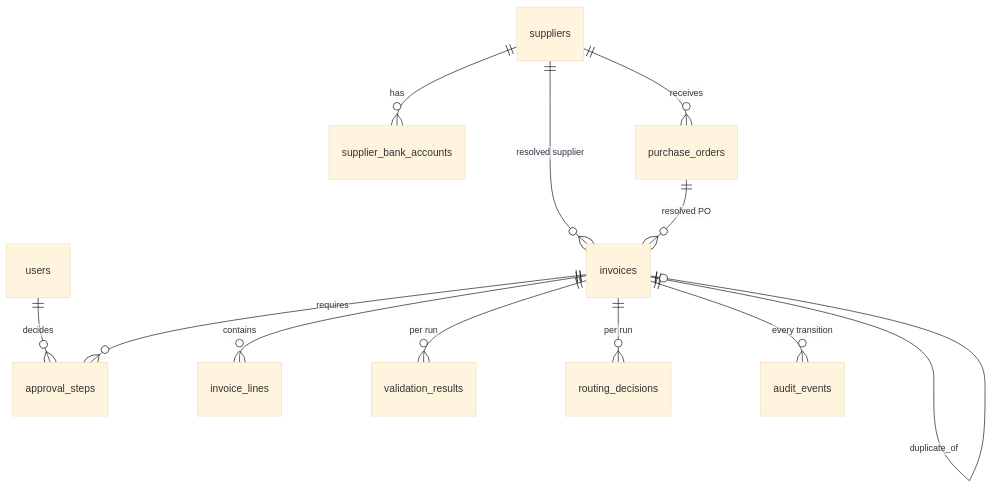
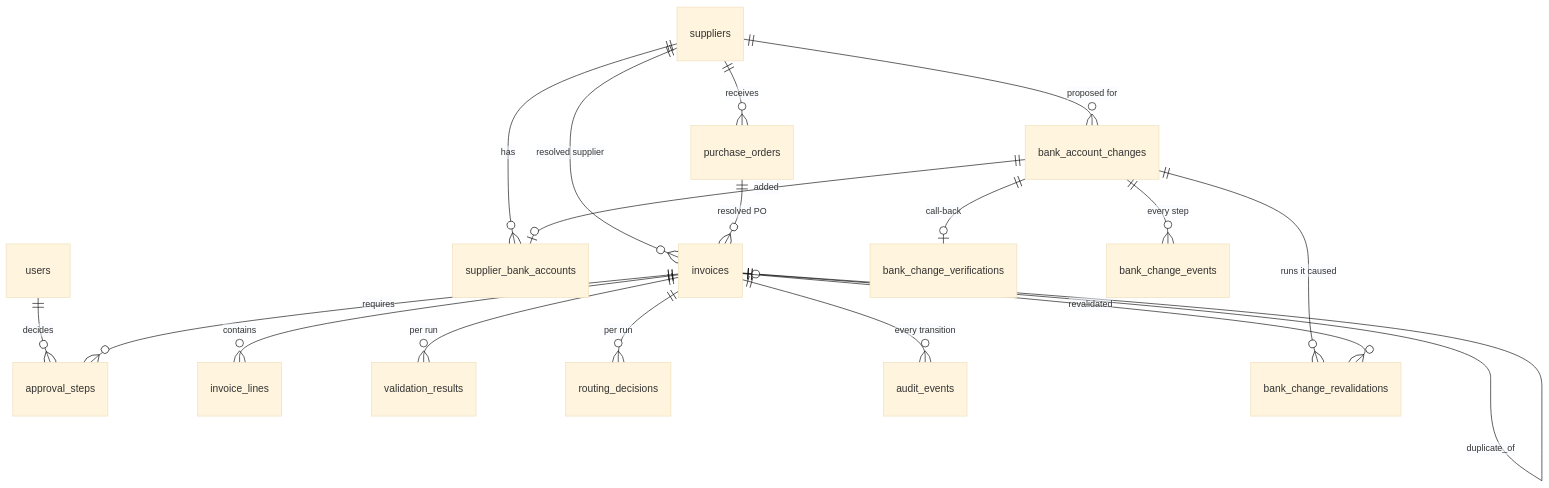
The second of 4 diagrams in docs/ARCHITECTURE.md (shotatsertsvadze/finance-ops-automation-de), drawn with Mermaid (base theme) before and after one commit. The commit also changed other lines of this file and 5 other files, not shown here.

First line of the commit message:
docs: ADR-077 and the bank-account change loop in architecture, tests and demo

````diff
--- a/docs/ARCHITECTURE.md
+++ b/docs/ARCHITECTURE.md
@@ -97,14 +98,20 @@
 ```mermaid
 erDiagram
     users ||--o{ approval_steps : decides
     suppliers ||--o{ supplier_bank_accounts : has
     suppliers ||--o{ purchase_orders : receives
     suppliers ||--o{ invoices : "resolved supplier"
     purchase_orders ||--o{ invoices : "resolved PO"
     invoices ||--o{ invoice_lines : contains
     invoices ||--o{ validation_results : "per run"
     invoices ||--o{ routing_decisions : "per run"
     invoices ||--o{ approval_steps : requires
     invoices ||--o{ audit_events : "every transition"
     invoices ||--o| invoices : duplicate_of
+    suppliers ||--o{ bank_account_changes : "proposed for"
+    bank_account_changes ||--o| bank_change_verifications : "call-back"
+    bank_account_changes ||--o{ bank_change_events : "every step"
+    bank_account_changes ||--o{ bank_change_revalidations : "runs it caused"
+    invoices ||--o{ bank_change_revalidations : "revalidated"
+    bank_account_changes ||--o| supplier_bank_accounts : "added"
 ```
````
